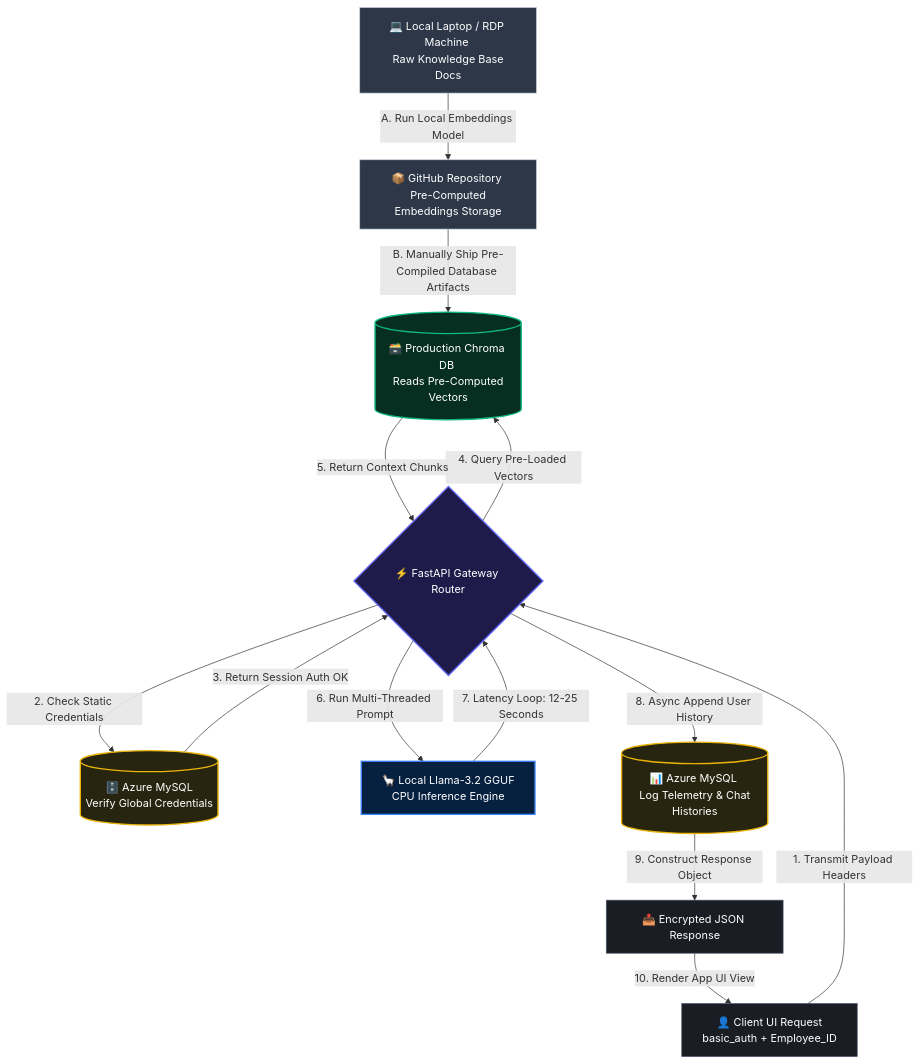
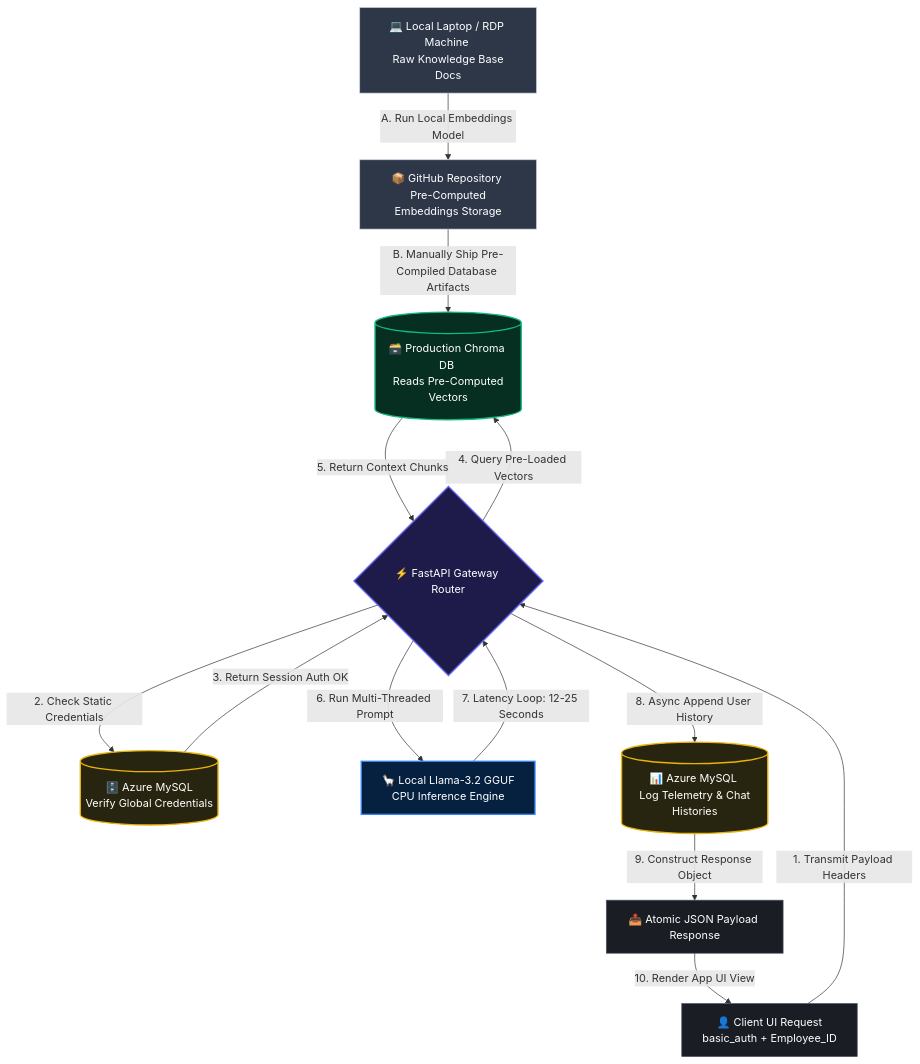
Before and after one commit to WajihZaman/llamaaserv: the diagram in README.md, drawn with Mermaid.

````diff
--- a/README.md
+++ b/README.md
@@ -19,50 +19,50 @@
 ```mermaid
 graph TB
 
     %% =========================================================
     %% 1. PIPELINE NODE DEFINITIONS
     %% =========================================================
     Dev[💻 Local Laptop / RDP Machine <br> Raw Knowledge Base Docs]
     Git[📦 GitHub Repository <br> Pre-Computed Embeddings Storage]
     
     User[👤 Client UI Request <br> basic_auth + Employee_ID]
     FastAPI{⚡ FastAPI Gateway Router}
     
     MySQL_Auth[(🗄️ Azure MySQL <br> Verify Global Credentials)]
     Chroma[(🗃️ Production Chroma DB <br> Reads Pre-Computed Vectors)]
     Llama[🦙 Local Llama-3.2 GGUF <br> CPU Inference Engine]
     MySQL_Log[(📊 Azure MySQL <br> Log Telemetry & Chat Histories)]
     
-    Output[📤 Encrypted JSON Response]
+    Output[📤 Atomic JSON Payload Response]
 
     %% =========================================================
     %% 2. PIPELINE INTERACTIONS
     %% =========================================================
     %% Offline Data Pipeline
     Dev -->|A. Run Local Embeddings Model| Git
     Git -->|B. Manually Ship Pre-Compiled Database Artifacts| Chroma
 
     %% Live Runtime API Pipeline
     User -->|1. Transmit Payload Headers| FastAPI
     FastAPI -->|2. Check Static Credentials| MySQL_Auth
     MySQL_Auth -->|3. Return Session Auth OK| FastAPI
     FastAPI -->|4. Query Pre-Loaded Vectors| Chroma
     Chroma -->|5. Return Context Chunks| FastAPI
     FastAPI -->|6. Run Multi-Threaded Prompt| Llama
     Llama -->|7. Latency Loop: 12-25 Seconds| FastAPI
     FastAPI -->|8. Async Append User History| MySQL_Log
     MySQL_Log -->|9. Construct Response Object| Output
     Output -->|10. Render App UI View| User
 
     %% =========================================================
     %% 3. REFINED GRAPH ACCENTS
     %% =========================================================
     classDef default fill:#1a1d24,stroke:#4a5568,stroke-width:1px,color:#ffffff;
     style FastAPI fill:#1e1b4b,stroke:#6366f1,stroke-width:2px,color:#ffffff
     style Llama fill:#062040,stroke:#3b82f6,stroke-width:2px,color:#ffffff
     style Chroma fill:#062f21,stroke:#10b981,stroke-width:2px,color:#ffffff
     style MySQL_Auth fill:#272510,stroke:#eab308,stroke-width:2px,color:#ffffff
     style MySQL_Log fill:#272510,stroke:#eab308,stroke-width:2px,color:#ffffff
     style Dev fill:#2d3748,stroke:#cbd5e0,stroke-width:1px,color:#ffffff
     style Git fill:#2d3748,stroke:#cbd5e0,stroke-width:1px,color:#ffffff
 ```
````
